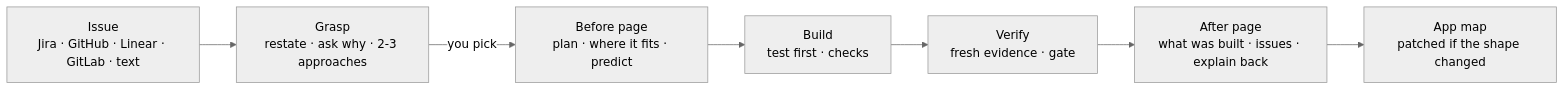
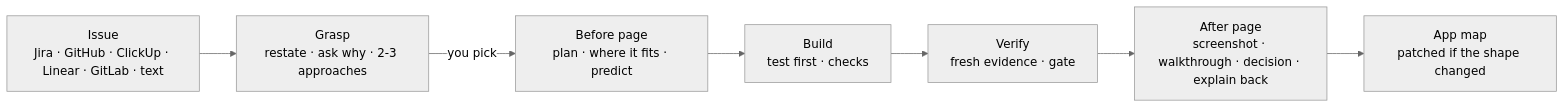
Before and after one commit to junrillg/grasp: the first of 2 diagrams in README.md, drawn with Mermaid (neutral theme). The commit also changed other lines of this file and 5 other files, not shown here.

````diff
--- a/README.md
+++ b/README.md
@@ -28,9 +28,9 @@
 ```mermaid
 flowchart LR
-  I[Issue<br/>Jira · GitHub · Linear · GitLab · text] --> G[Grasp<br/>restate · ask why · 2-3 approaches]
+  I[Issue<br/>Jira · GitHub · ClickUp · Linear · GitLab · text] --> G[Grasp<br/>restate · ask why · 2-3 approaches]
   G -->|you pick| B[Before page<br/>plan · where it fits · predict]
   B --> D[Build<br/>test first · checks]
   D --> V[Verify<br/>fresh evidence · gate]
-  V --> A[After page<br/>what was built · issues · explain back]
+  V --> A[After page<br/>screenshot · walkthrough · decision · explain back]
   A --> M[App map<br/>patched if the shape changed]
 ```
````
